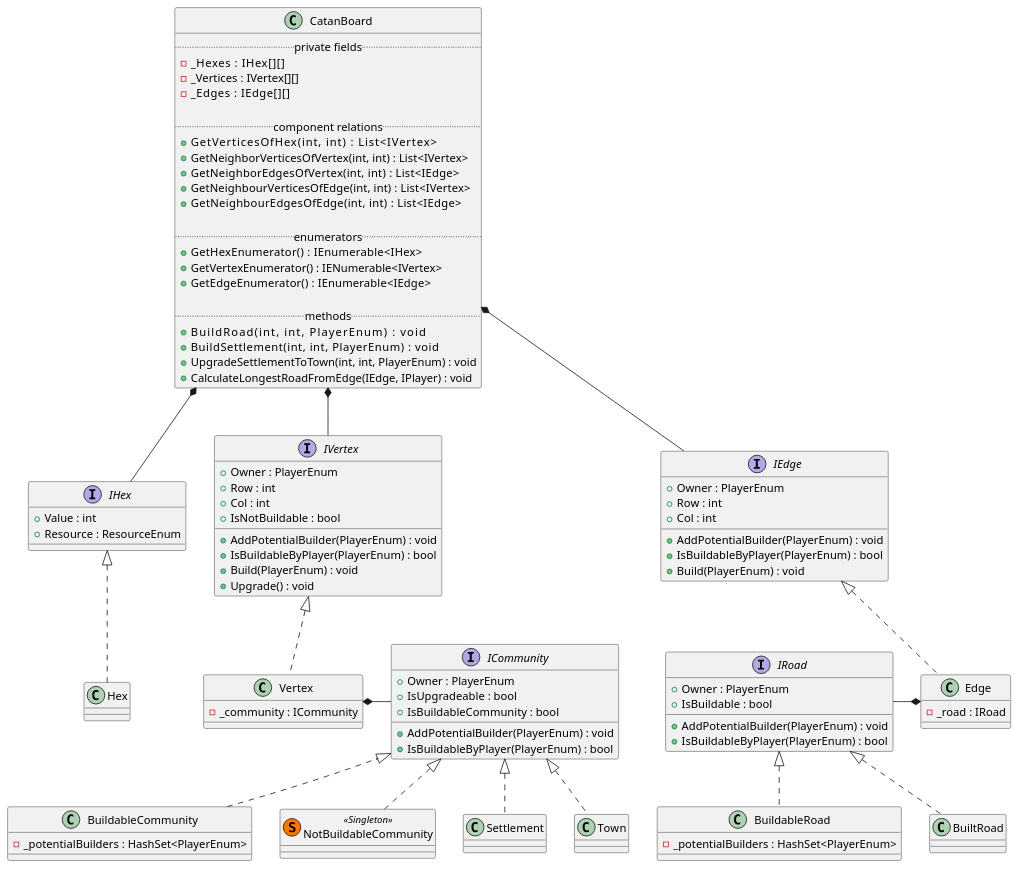
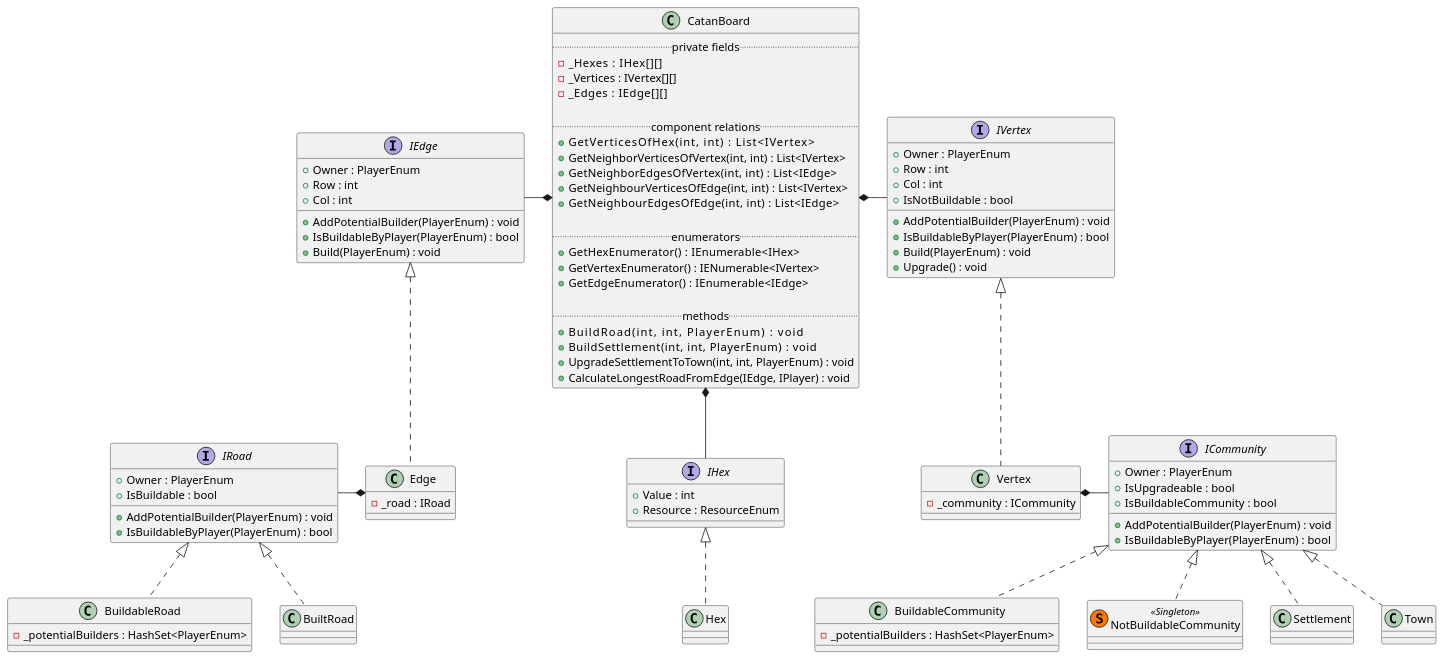
Before and after one commit to jacintfodor/Catan: the diagram in documentation/plantuml/board.iuml, drawn with PlantUML.

```diff
--- a/documentation/plantuml/board.iuml
+++ b/documentation/plantuml/board.iuml
@@ -1,108 +1,108 @@
 @startuml
 class CatanBoard {
     ..private fields..
 	-_Hexes    : IHex[][]
     -_Vertices : IVertex[][]
     -_Edges    : IEdge[][]
     
 	..component relations..
     +GetVerticesOfHex(int, int)             : List<IVertex>
     +GetNeighborVerticesOfVertex(int, int)  : List<IVertex>
     +GetNeighborEdgesOfVertex(int, int)     : List<IEdge>
     +GetNeighbourVerticesOfEdge(int, int)   : List<IVertex>
     +GetNeighbourEdgesOfEdge(int, int)      : List<IEdge>
     
 	..enumerators..
     +GetHexEnumerator()    : IEnumerable<IHex>
     +GetVertexEnumerator() : IENumerable<IVertex>
     +GetEdgeEnumerator()   : IEnumerable<IEdge>
 
     ..methods..
     +BuildRoad(int, int, PlayerEnum)               : void
     +BuildSettlement(int, int, PlayerEnum)         : void
     +UpgradeSettlementToTown(int, int, PlayerEnum) : void
     +CalculateLongestRoadFromEdge(IEdge, IPlayer) : void
 }
 
 interface IVertex
 {
     +Owner : PlayerEnum
     +Row : int
     +Col : int
     +AddPotentialBuilder(PlayerEnum) : void
     +IsBuildableByPlayer(PlayerEnum) : bool
     +IsNotBuildable : bool
     +Build(PlayerEnum) : void
     +Upgrade() : void
 }
 
 class Vertex implements IVertex{
     -_community : ICommunity
 }
 
 interface ICommunity{
     +Owner : PlayerEnum
     +AddPotentialBuilder(PlayerEnum) : void
     +IsBuildableByPlayer(PlayerEnum) : bool
     +IsUpgradeable : bool
     +IsBuildableCommunity : bool
 }
 
 Vertex *-right- ICommunity
 
 class BuildableCommunity implements ICommunity
 {
     -_potentialBuilders : HashSet<PlayerEnum>
 }
 class NotBuildableCommunity << (S,#FF7700) Singleton >> implements ICommunity
 class Settlement implements ICommunity
 class Town implements ICommunity
 
 interface IEdge 
 {
     +Owner : PlayerEnum
     +Row : int
     +Col : int
     +AddPotentialBuilder(PlayerEnum) : void
     +IsBuildableByPlayer(PlayerEnum) : bool
     +Build(PlayerEnum) : void
 }
 
 class Edge implements IEdge
 {
     -_road : IRoad
 }
 
 interface IRoad
 {
     +Owner : PlayerEnum
     +IsBuildable : bool
     +AddPotentialBuilder(PlayerEnum) : void
     +IsBuildableByPlayer(PlayerEnum) : bool
 }
 Edge *-left- IRoad
 
 class BuildableRoad implements IRoad
 {
     -_potentialBuilders : HashSet<PlayerEnum>
 }
 
 class BuiltRoad implements IRoad
 
 interface IHex
 {
     +Value : int
     +Resource : ResourceEnum
 }
 
 class Hex
 {
     
 }
 
 Hex .up.|> IHex
-CatanBoard *-- IVertex
-CatanBoard *-- IEdge
+CatanBoard *-right- IVertex
+CatanBoard *-left- IEdge
 CatanBoard *-- IHex
 
 @enduml
```
